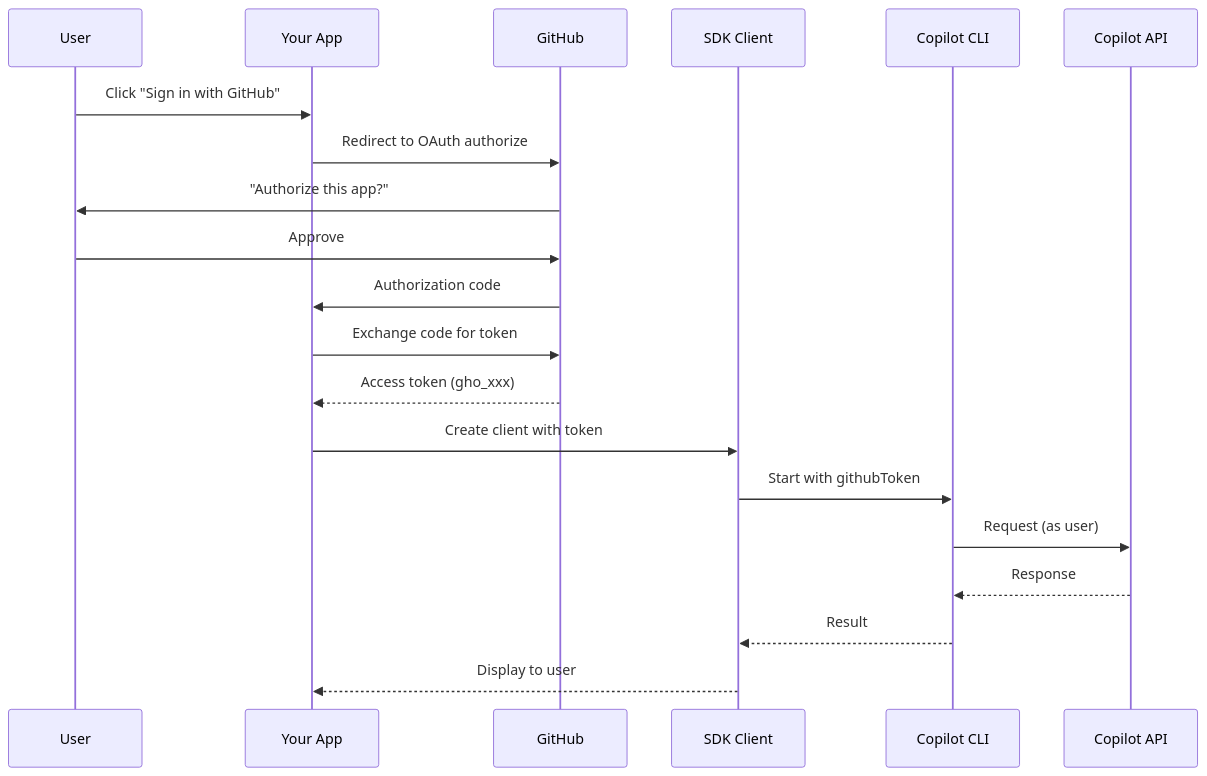
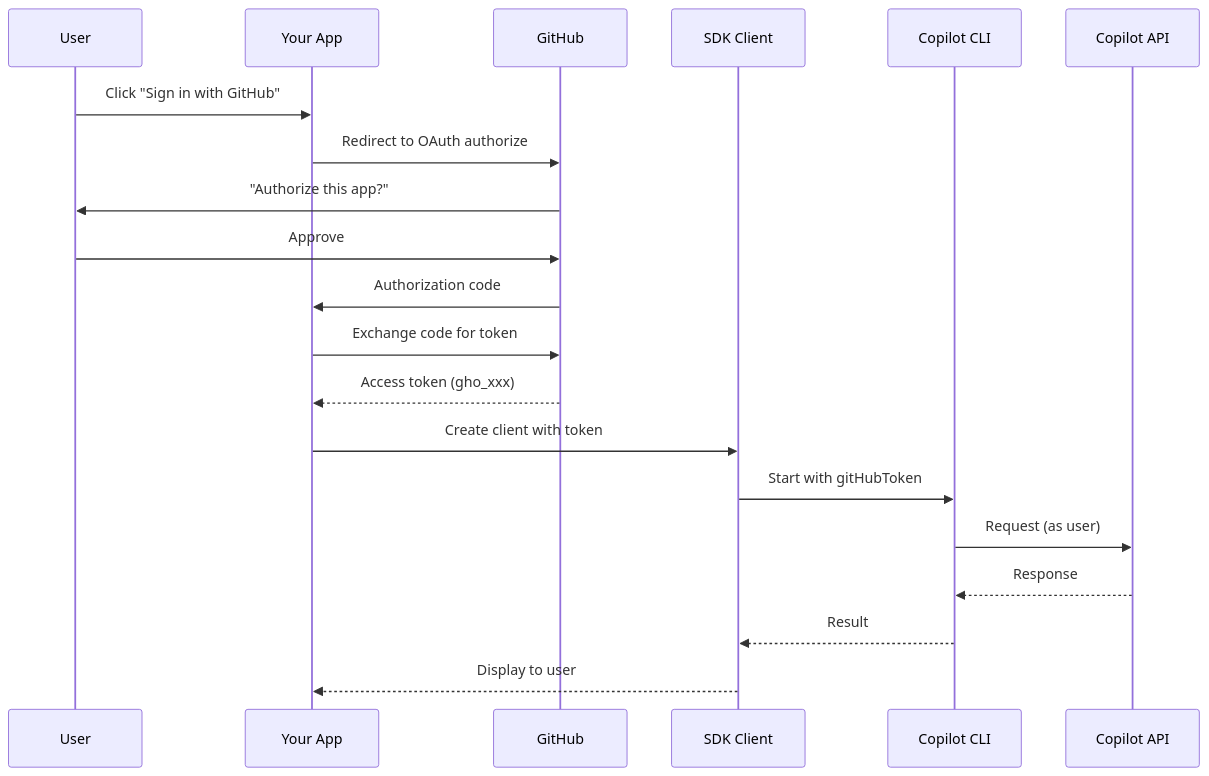
Before and after one commit to github/copilot-sdk: the first of 4 diagrams in docs/setup/github-oauth.md, drawn with Mermaid. The commit also changed other lines of this file and 63 other files, not shown here.

Commit message:
Per-session GitHub authentication for all SDK languages, plus update runtime and permissions to match (#1124)

````diff
--- a/docs/setup/github-oauth.md
+++ b/docs/setup/github-oauth.md
@@ -11,24 +11,24 @@
 ```mermaid
 sequenceDiagram
     participant User
     participant App as Your App
     participant GH as GitHub
     participant SDK as SDK Client
     participant CLI as Copilot CLI
     participant API as Copilot API
 
     User->>App: Click "Sign in with GitHub"
     App->>GH: Redirect to OAuth authorize
     GH->>User: "Authorize this app?"
     User->>GH: Approve
     GH->>App: Authorization code
     App->>GH: Exchange code for token
     GH-->>App: Access token (gho_xxx)
 
     App->>SDK: Create client with token
-    SDK->>CLI: Start with githubToken
+    SDK->>CLI: Start with gitHubToken
     CLI->>API: Request (as user)
     API-->>CLI: Response
     CLI-->>SDK: Result
     SDK-->>App: Display to user
 ```
````
